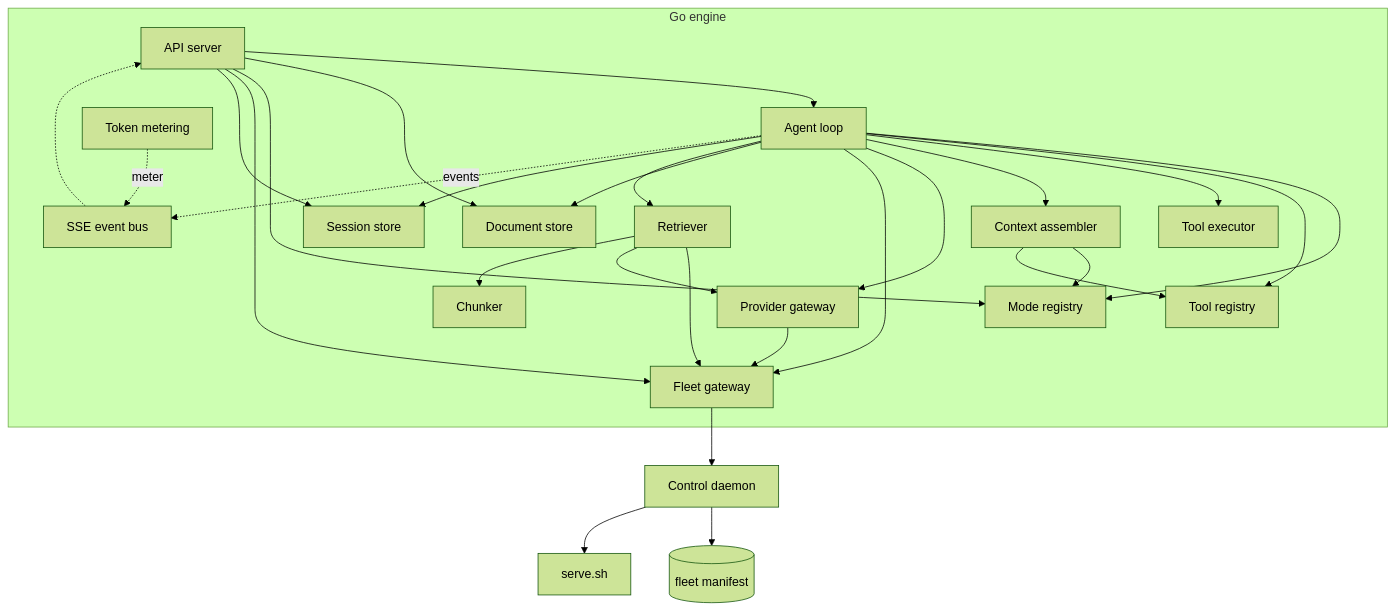
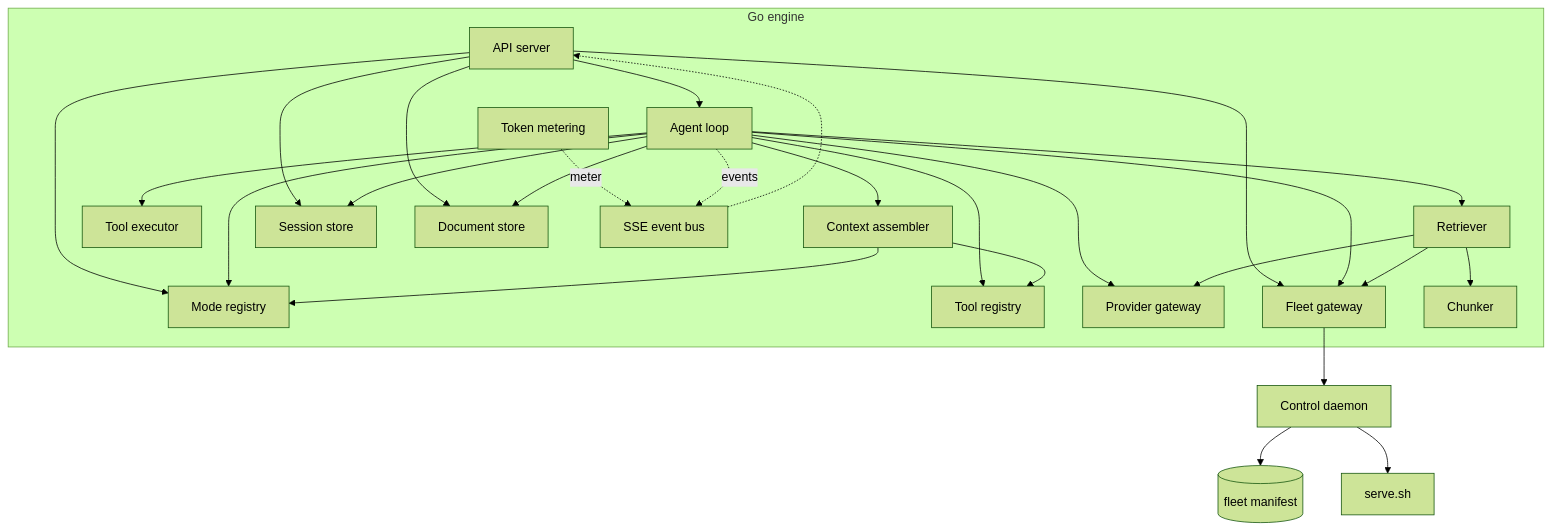
One commit to Snorre98/texteditor changed the third of 7 diagrams in docs/writing-assistant/architecture.md. Above: the diagram before and after it, drawn with Mermaid (forest theme). The commit also changed other lines of this file and 11 other files, not shown here.

Commit message:
housekeeping + imple. sequence plans

````diff
--- a/docs/writing-assistant/architecture.md
+++ b/docs/writing-assistant/architecture.md
@@ -133,49 +133,48 @@
 ```mermaid
 flowchart TB
     subgraph Engine[Go engine]
         API[API server]
         Loop[Agent loop]
         Assembler[Context assembler]
         Mode[Mode registry]
         ToolReg[Tool registry]
         ToolExec[Tool executor]
         Prov[Provider gateway]
         Fleet[Fleet gateway]
         Meter[Token metering]
         Ret[Retriever]
         Chunker[Chunker]
         Sess[Session store]
         Doc[Document store]
         Bus[SSE event bus]
     end
     Daemon[Control daemon]
     Manifest[(fleet manifest)]
     Exec[serve.sh]
 
     API --> Loop
     API --> Doc
     API --> Mode
     API --> Fleet
     API --> Sess
     Loop --> Mode
     Loop --> ToolReg
     Loop --> ToolExec
     Loop --> Assembler
     Loop --> Prov
     Loop --> Fleet
     Loop --> Doc
     Loop --> Ret
     Loop --> Sess
     Assembler --> Mode
     Assembler --> ToolReg
     Ret --> Fleet
     Ret --> Prov
     Ret --> Chunker
-    Prov --> Fleet
     Fleet --> Daemon
     Daemon --> Manifest
     Daemon --> Exec
     Meter -.meter.-> Bus
     Loop -.events.-> Bus
     Bus -.-> API
 ```
````
